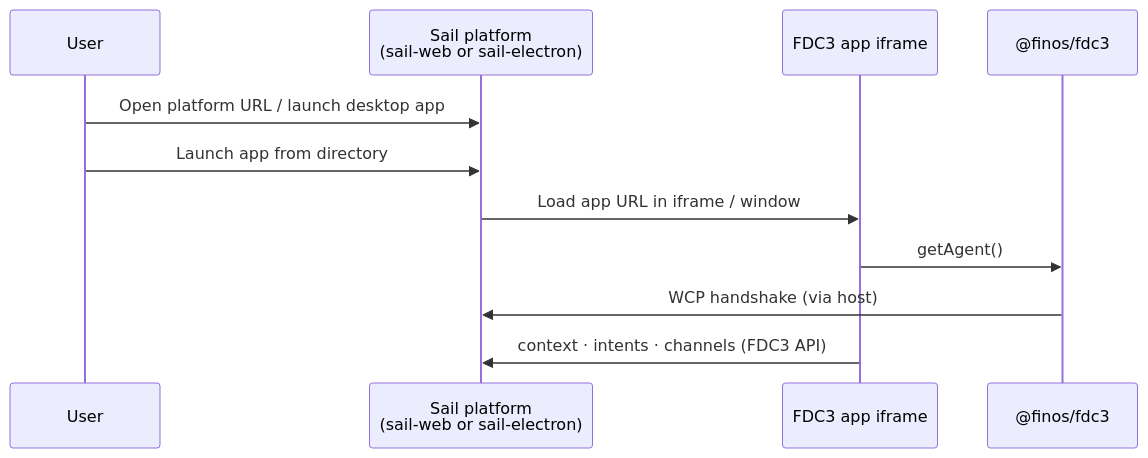
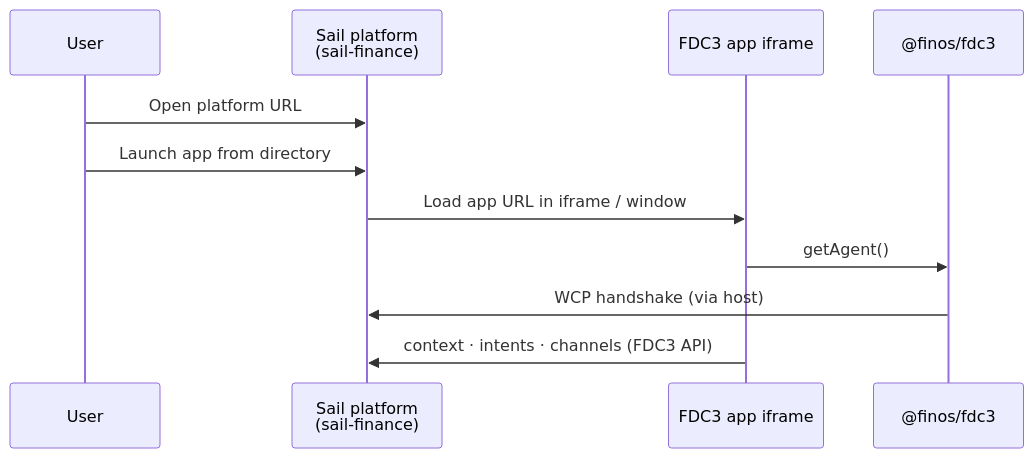
One commit to SeeWhatsOn/FDC3-Sail changed the diagram in website/docs/run-sail.md. Above: the diagram before and after it, drawn with Mermaid. The commit also changed other lines of this file and 248 other files, not shown here.

First line of the commit message:
chore: rename packages to sail-platform, sail-finance, and sail-theme

````diff
--- a/website/docs/run-sail.md
+++ b/website/docs/run-sail.md
@@ -110,14 +79,14 @@
 ```mermaid
 sequenceDiagram
   participant User
-  participant Sail as Sail platform<br/>(sail-web or sail-electron)
+  participant Sail as Sail platform<br/>(sail-finance)
   participant App as FDC3 app iframe
   participant FDC3 as @finos/fdc3
 
-  User->>Sail: Open platform URL / launch desktop app
+  User->>Sail: Open platform URL
   User->>Sail: Launch app from directory
   Sail->>App: Load app URL in iframe / window
   App->>FDC3: getAgent()
   FDC3->>Sail: WCP handshake (via host)
   App->>Sail: context · intents · channels (FDC3 API)
 ```
````
